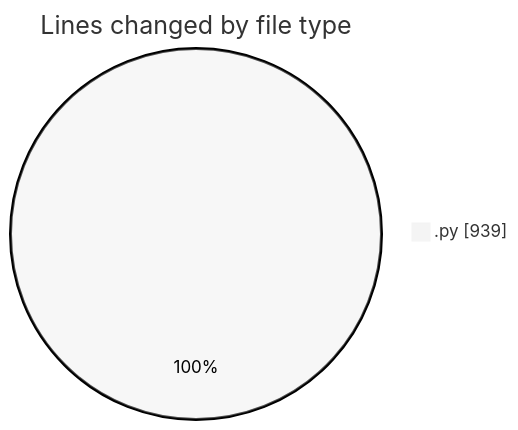
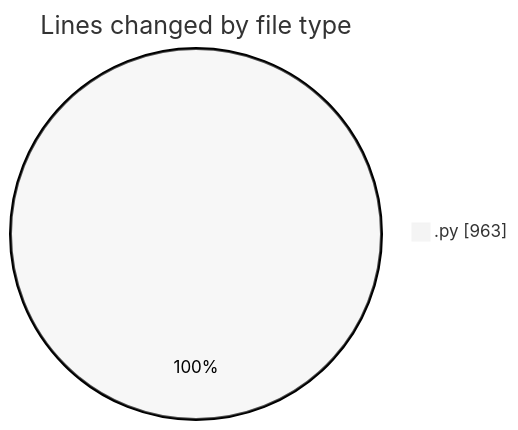
The first of 2 diagrams in 2025-11-27/eventscop-api-guide__workspace_/README.md (julien-gomy/code-tracking), drawn with Mermaid (neutral theme) before and after one commit. The commit also changed other lines of this file and 1 other file, not shown here.

````diff
--- a/2025-11-27/eventscop-api-guide__workspace_/README.md
+++ b/2025-11-27/eventscop-api-guide__workspace_/README.md
@@ -20,5 +20,5 @@
 ```mermaid
 pie showData
 title Lines changed by file type
-".py" : 939
+".py" : 963
 ```
````
